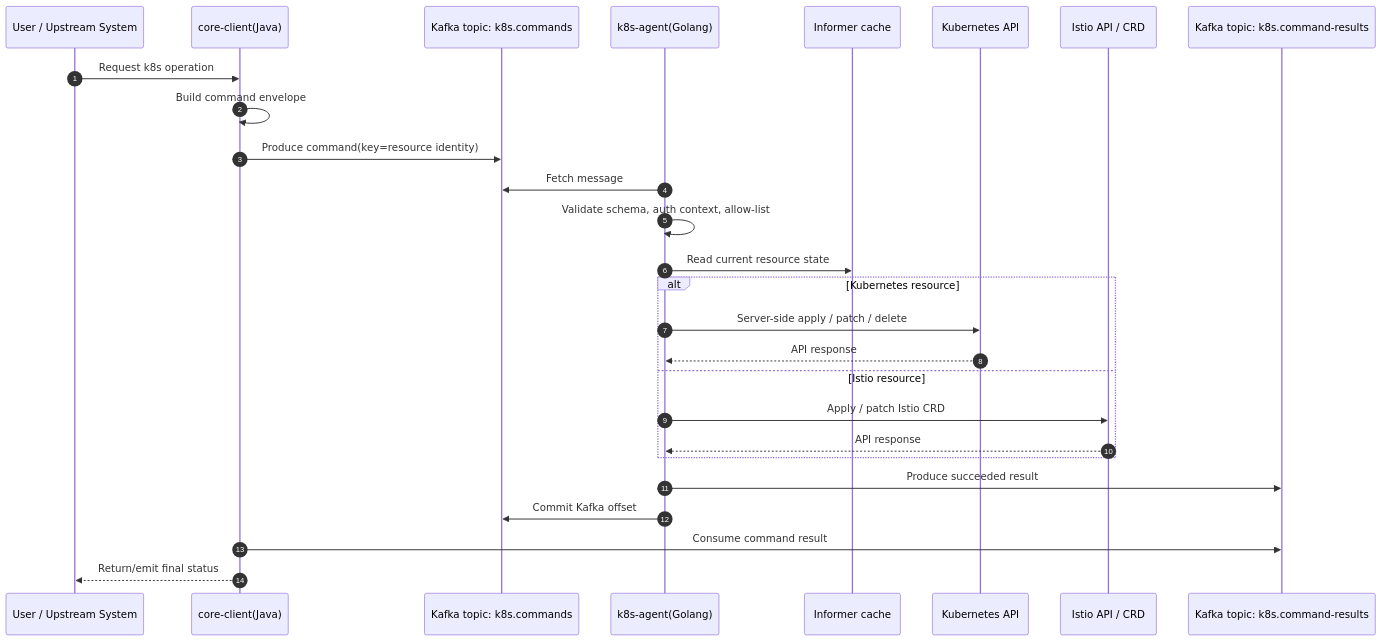
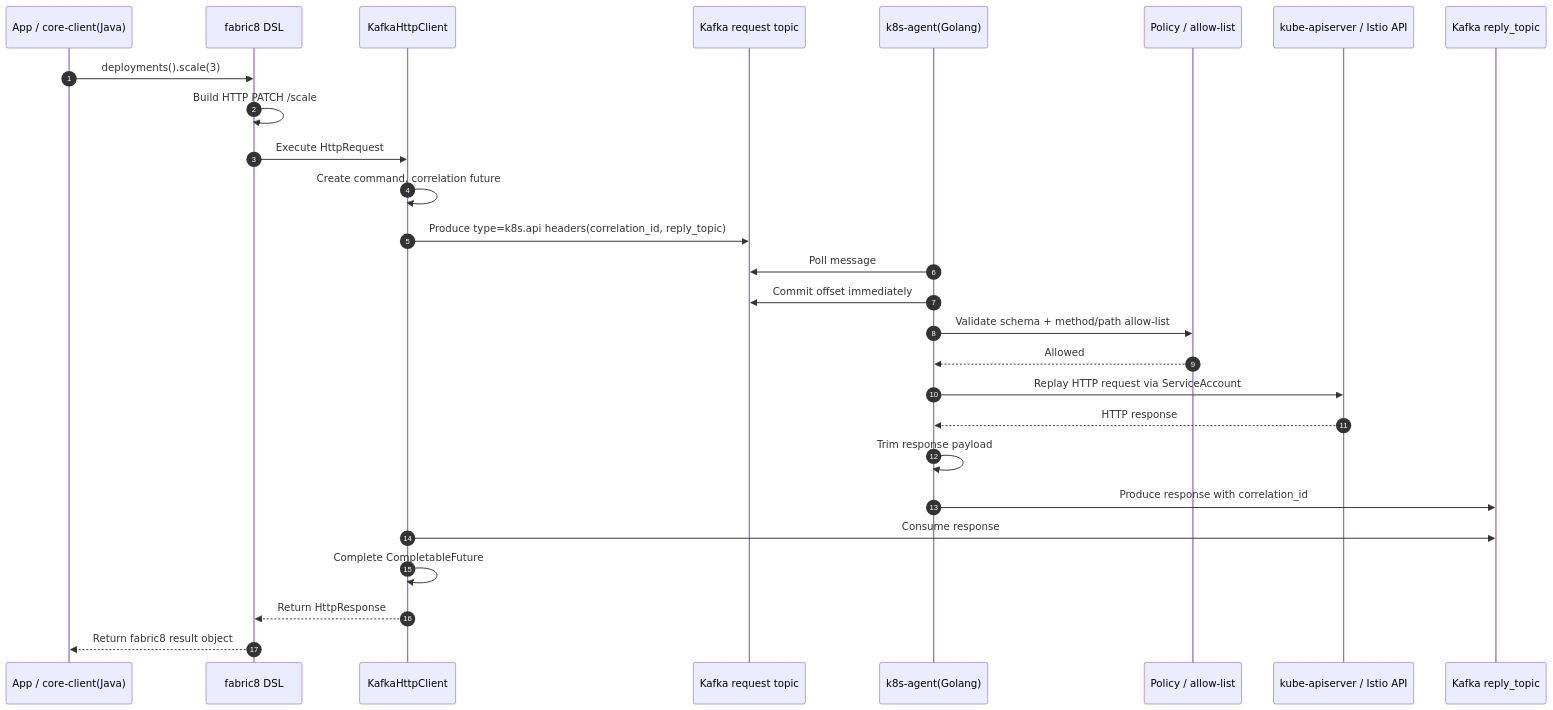
Before and after one commit to tormoz70/usmc-k8s-agent: the first of 6 diagrams in docs/architecture-core-client-k8s-agent.md, drawn with Mermaid. The commit also changed other lines of this file, not shown here.

Commit message:
docs: align core client agent architecture with MVP decisions

````diff
--- a/docs/architecture-core-client-k8s-agent.md
+++ b/docs/architecture-core-client-k8s-agent.md
@@ -156,30 +263,30 @@
 ```mermaid
 sequenceDiagram
     autonumber
-    participant User as User / Upstream System
-    participant Core as core-client(Java)
-    participant CmdTopic as Kafka topic: k8s.commands
+    participant App as App / core-client(Java)
+    participant Fabric8 as fabric8 DSL
+    participant Transport as KafkaHttpClient
+    participant Req as Kafka request topic
     participant Agent as k8s-agent(Golang)
-    participant Cache as Informer cache
-    participant Kube as Kubernetes API
-    participant Istio as Istio API / CRD
-    participant ResultTopic as Kafka topic: k8s.command-results
+    participant Policy as Policy / allow-list
+    participant Kube as kube-apiserver / Istio API
+    participant Reply as Kafka reply_topic
 
-    User->>Core: Request k8s operation
-    Core->>Core: Build command envelope
-    Core->>CmdTopic: Produce command(key=resource identity)
-    Agent->>CmdTopic: Fetch message
-    Agent->>Agent: Validate schema, auth context, allow-list
-    Agent->>Cache: Read current resource state
-    alt Kubernetes resource
-        Agent->>Kube: Server-side apply / patch / delete
-        Kube-->>Agent: API response
-    else Istio resource
-        Agent->>Istio: Apply / patch Istio CRD
-        Istio-->>Agent: API response
-    end
-    Agent->>ResultTopic: Produce succeeded result
-    Agent->>CmdTopic: Commit Kafka offset
-    Core->>ResultTopic: Consume command result
-    Core-->>User: Return/emit final status
+    App->>Fabric8: deployments().scale(3)
+    Fabric8->>Fabric8: Build HTTP PATCH /scale
+    Fabric8->>Transport: Execute HttpRequest
+    Transport->>Transport: Create command, correlation future
+    Transport->>Req: Produce type=k8s.api headers(correlation_id, reply_topic)
+    Agent->>Req: Poll message
+    Agent->>Req: Commit offset immediately
+    Agent->>Policy: Validate schema + method/path allow-list
+    Policy-->>Agent: Allowed
+    Agent->>Kube: Replay HTTP request via ServiceAccount
+    Kube-->>Agent: HTTP response
+    Agent->>Agent: Trim response payload
+    Agent->>Reply: Produce response with correlation_id
+    Transport->>Reply: Consume response
+    Transport->>Transport: Complete CompletableFuture
+    Transport-->>Fabric8: Return HttpResponse
+    Fabric8-->>App: Return fabric8 result object
 ```
````
